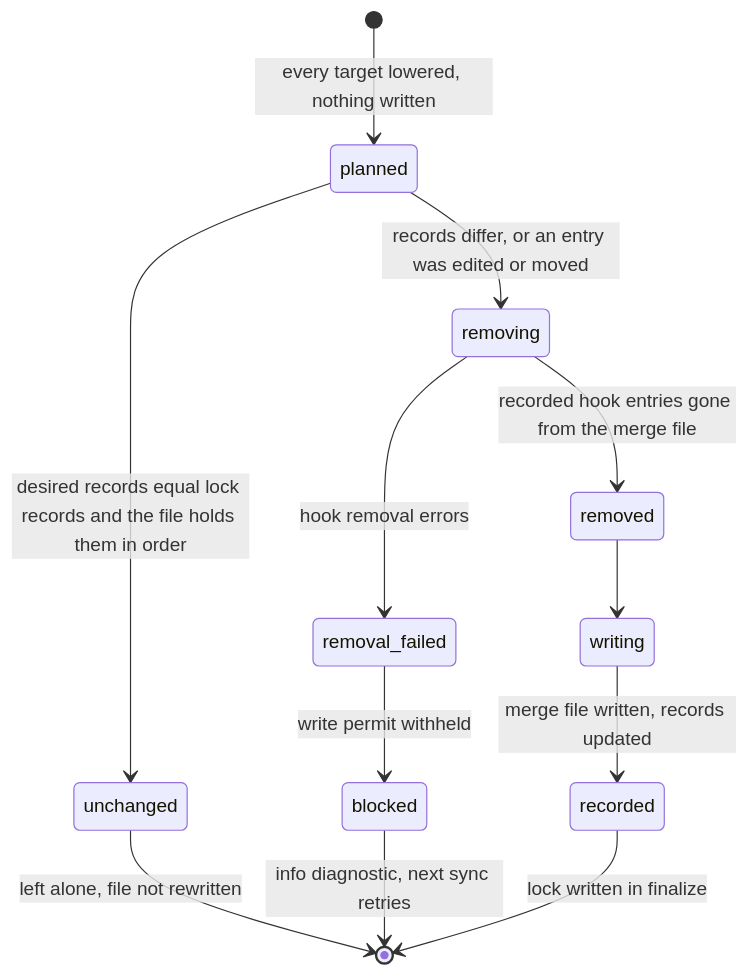
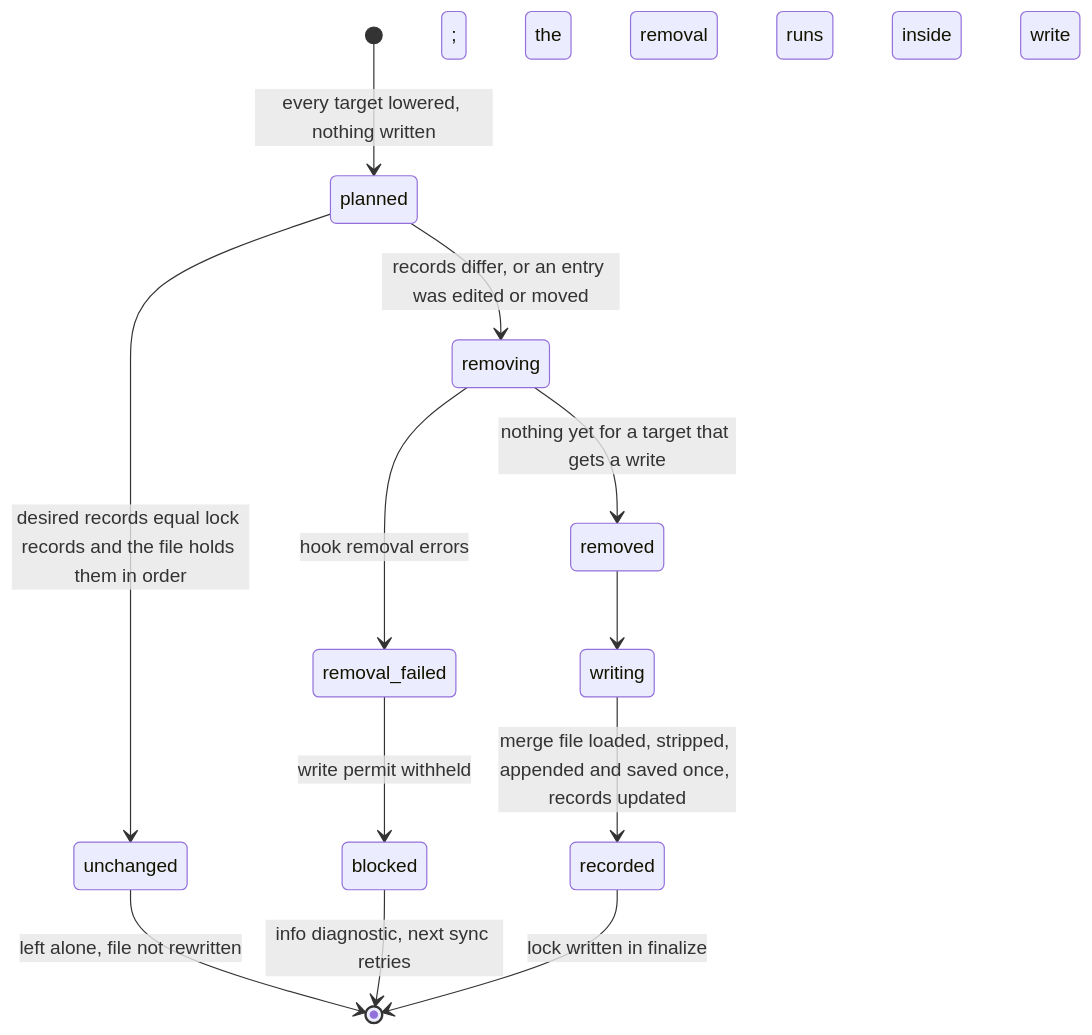
The third of 3 diagrams in src/compiler/.context/state-machines.md (haowjy/mars-agents), drawn with Mermaid before and after one commit. The commit also changed other lines of this file and 5 other files, not shown here.

First line of the commit message:
Remove and append a hook file's entries on one load and one save

````diff
--- a/src/compiler/.context/state-machines.md
+++ b/src/compiler/.context/state-machines.md
@@ -128,14 +128,14 @@
 ```mermaid
 stateDiagram-v2
   [*] --> planned: every target lowered, nothing written
   planned --> unchanged: desired records equal lock records and the file holds them in order
   planned --> removing: records differ, or an entry was edited or moved
   unchanged --> [*]: left alone, file not rewritten
   removing --> removal_failed: hook removal errors
-  removing --> removed: recorded hook entries gone from the merge file
+  removing --> removed: nothing yet for a target that gets a write; the removal runs inside the write
   removal_failed --> blocked: write permit withheld
   removed --> writing
   blocked --> [*]: info diagnostic, next sync retries
-  writing --> recorded: merge file written, records updated
+  writing --> recorded: merge file loaded, stripped, appended and saved once, records updated
   recorded --> [*]: lock written in finalize
 ```
````
